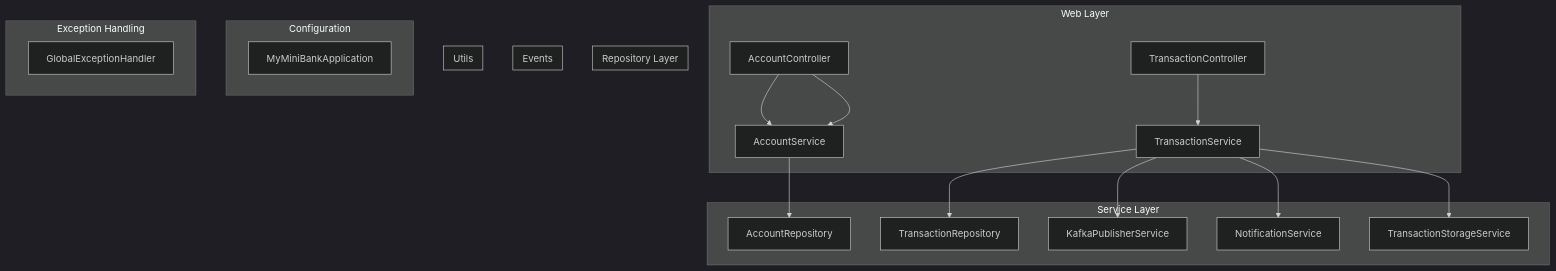
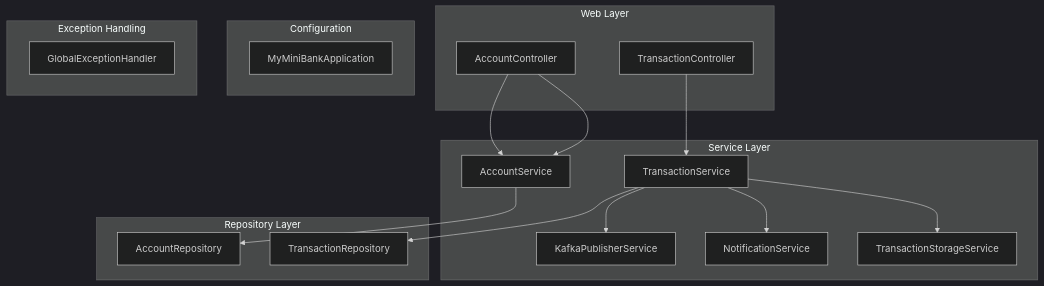
Before and after one commit to santorog/myminibank: the diagram in README.md, drawn with Mermaid (dark theme).

Commit message:
Test another Mermaid diagram

````diff
--- a/README.md
+++ b/README.md
@@ -21,38 +21,38 @@
 ```mermaid
 graph TD
     subgraph Web Layer
-        A1[AccountController] --> S1[AccountService]
-        A1 --> S1
-        T1[TransactionController] --> S2[TransactionService]
+        A1[AccountController]
+        T1[TransactionController]
     end
 
     subgraph Service Layer
-        S1 --> R1[AccountRepository]
-        S2 --> R2[TransactionRepository]
-        S2 --> K1[KafkaPublisherService]
-        S2 --> N1[NotificationService]
-        S2 --> ST1[TransactionStorageService]
+        S1[AccountService]
+        S2[TransactionService]
+        K1[KafkaPublisherService]
+        N1[NotificationService]
+        ST1[TransactionStorageService]
     end
 
     subgraph Repository Layer
-        R1
-        R2
-    end
-
-    subgraph Events
-        K1
-        N1
-    end
-
-    subgraph Utils
-        ST1
+        R1[AccountRepository]
+        R2[TransactionRepository]
     end
 
     subgraph Configuration
         Main[MyMiniBankApplication]
     end
 
     subgraph Exception Handling
         EH[GlobalExceptionHandler]
     end
+
+    %% Relations
+    A1 --> S1
+    A1 --> S1
+    T1 --> S2
+    S1 --> R1
+    S2 --> R2
+    S2 --> K1
+    S2 --> N1
+    S2 --> ST1
 ```
````
